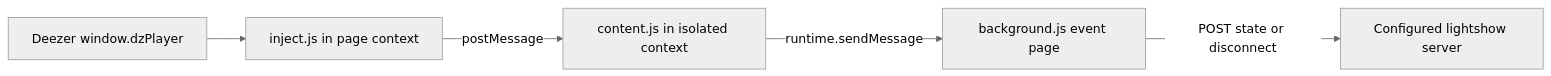
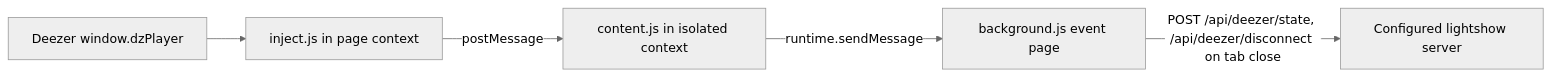
The diagram in browser-extension/README.md (tyclab/artnet-lightshow), drawn with Mermaid (neutral theme) before and after one commit. The commit also changed other lines of this file and 32 other files, not shown here.

````diff
--- a/browser-extension/README.md
+++ b/browser-extension/README.md
@@ -15,7 +16,7 @@
 ```mermaid
 flowchart LR
   Player[Deezer window.dzPlayer] --> Inject[inject.js in page context]
   Inject -->|postMessage| Content[content.js in isolated context]
   Content -->|runtime.sendMessage| Background[background.js event page]
-  Background -->|POST state or disconnect| Server[Configured lightshow server]
+  Background -->|POST /api/deezer/state, /api/deezer/disconnect on tab close| Server[Configured lightshow server]
 ```
````
